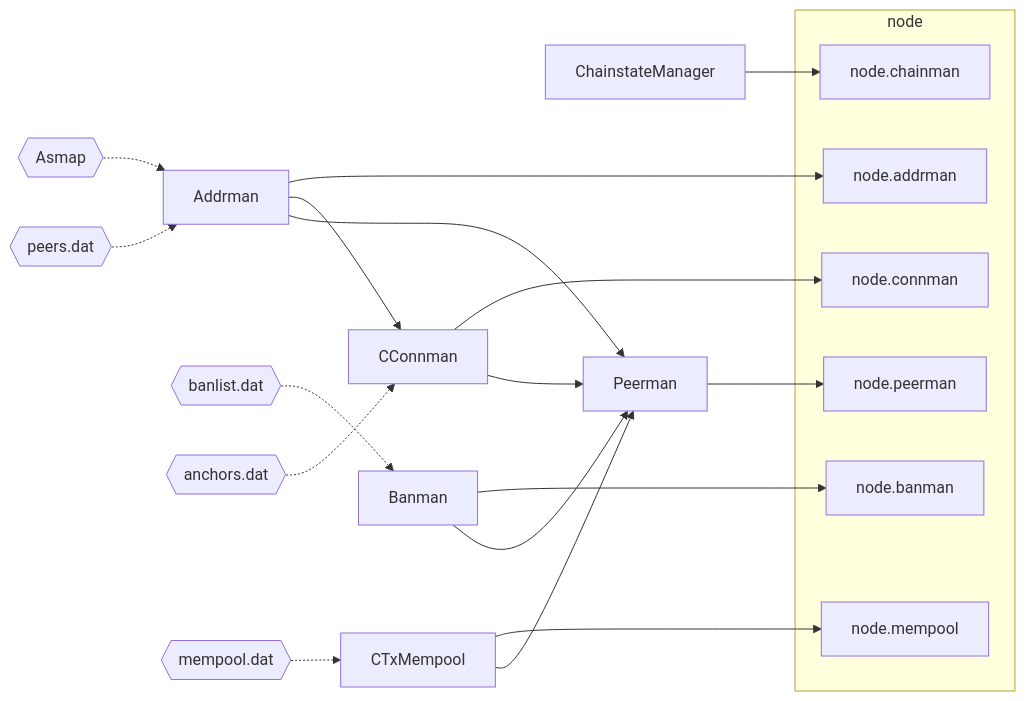
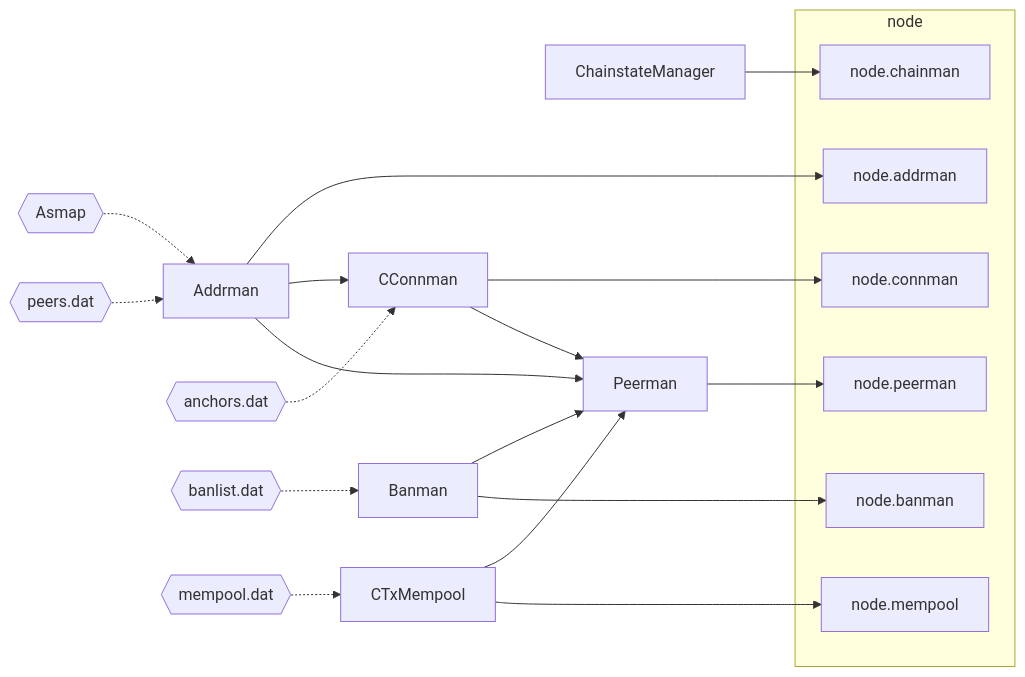
Before and after one commit to chaincodelabs/onboarding-to-bitcoin-core: the diagram in 06_p2p.adoc, drawn with Mermaid. The commit also changed other lines of this file and 2 other files, not shown here.

```diff
--- a/06_p2p.adoc
+++ b/06_p2p.adoc
@@ -166,47 +166,47 @@
 [mermaid,target=node-p2p-components,format=svg,align="center"]
 ....
 flowchart LR
     Addrman
     Banman
     CConnman
     CTxMempool
     ChainstateManager
     Peerman
     Asmap{{Asmap}}
     peers.dat{{peers.dat}}
+    anchors.dat{{anchors.dat}}
     banlist.dat{{banlist.dat}}
-    anchors.dat{{anchors.dat}}
     mempool.dat{{mempool.dat}}
 
     subgraph node
         node.addrman
         node.banman
         node.connman
         node.mempool
         node.chainman
         node.peerman
     end
 
     Asmap -.-> Addrman
     peers.dat -.-> Addrman
     Addrman --> node.addrman
 
     banlist.dat -.-> Banman
+    Banman --> Peerman
     Banman --> node.banman
 
     Addrman --> CConnman
     anchors.dat -.-> CConnman
     CConnman --> node.connman
 
     mempool.dat -.-> CTxMempool
+    CTxMempool --> Peerman
     CTxMempool --> node.mempool
 
     ChainstateManager --> node.chainman
 
     Addrman --> Peerman
     CConnman --> Peerman
-    Banman --> Peerman
-    CTxMempool --> Peerman
     Peerman --> node.peerman
 
 ....
```
